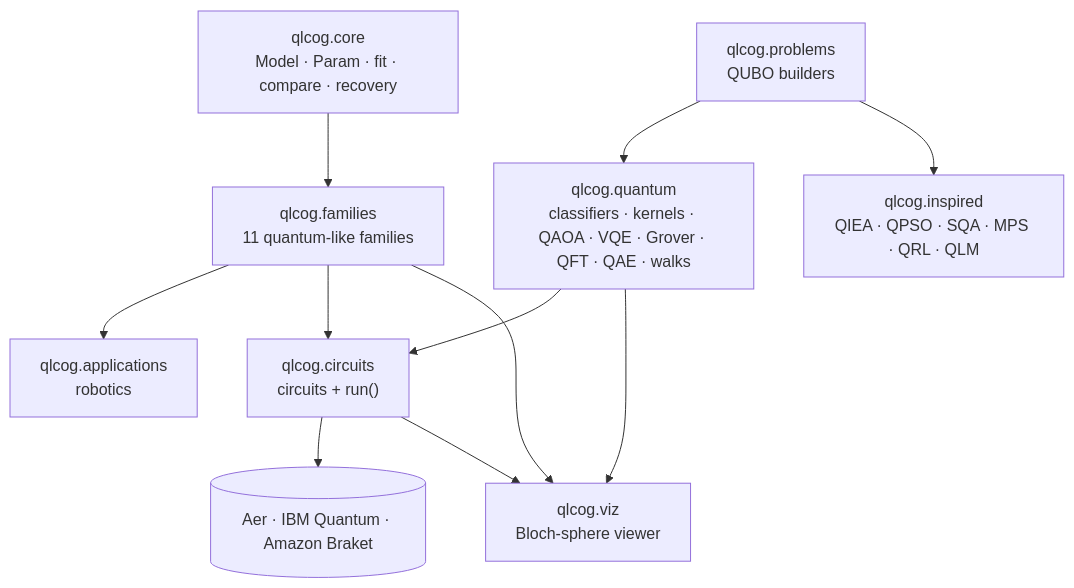
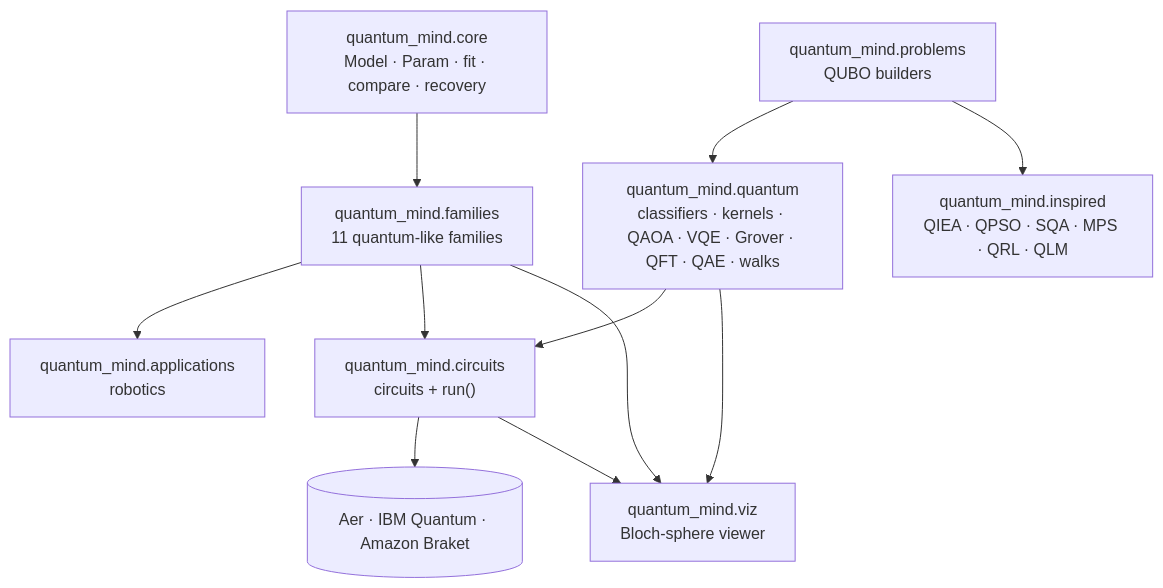
The diagram in docs/user_guide/index.md (yeshwanthguru/Quantum-mind), drawn with Mermaid before and after one commit. The commit also changed other lines of this file and 237 other files, not shown here.

First line of the commit message:
Rename to Quantum Mind (pip install quantum-mind, import quantum_mind) with a new logo

````diff
--- a/docs/user_guide/index.md
+++ b/docs/user_guide/index.md
@@ -6,21 +6,21 @@
 ```{mermaid}
 flowchart TB
-    core["qlcog.core<br/>Model · Param · fit · compare · recovery"]
-    fam["qlcog.families<br/>11 quantum-like families"]
-    app["qlcog.applications<br/>robotics"]
-    prob["qlcog.problems<br/>QUBO builders"]
-    qm["qlcog.quantum<br/>classifiers · kernels · QAOA · VQE · Grover · QFT · QAE · walks"]
-    ins["qlcog.inspired<br/>QIEA · QPSO · SQA · MPS · QRL · QLM"]
-    circ["qlcog.circuits<br/>circuits + run()"]
-    viz["qlcog.viz<br/>Bloch-sphere viewer"]
+    core["quantum_mind.core<br/>Model · Param · fit · compare · recovery"]
+    fam["quantum_mind.families<br/>11 quantum-like families"]
+    app["quantum_mind.applications<br/>robotics"]
+    prob["quantum_mind.problems<br/>QUBO builders"]
+    qm["quantum_mind.quantum<br/>classifiers · kernels · QAOA · VQE · Grover · QFT · QAE · walks"]
+    ins["quantum_mind.inspired<br/>QIEA · QPSO · SQA · MPS · QRL · QLM"]
+    circ["quantum_mind.circuits<br/>circuits + run()"]
+    viz["quantum_mind.viz<br/>Bloch-sphere viewer"]
     hw[("Aer · IBM Quantum · Amazon Braket")]
     core --> fam --> app
     fam --> circ
     prob --> qm
     prob --> ins
     qm --> circ
     circ --> hw
     fam --> viz
     qm --> viz
     circ --> viz
 ```
````
